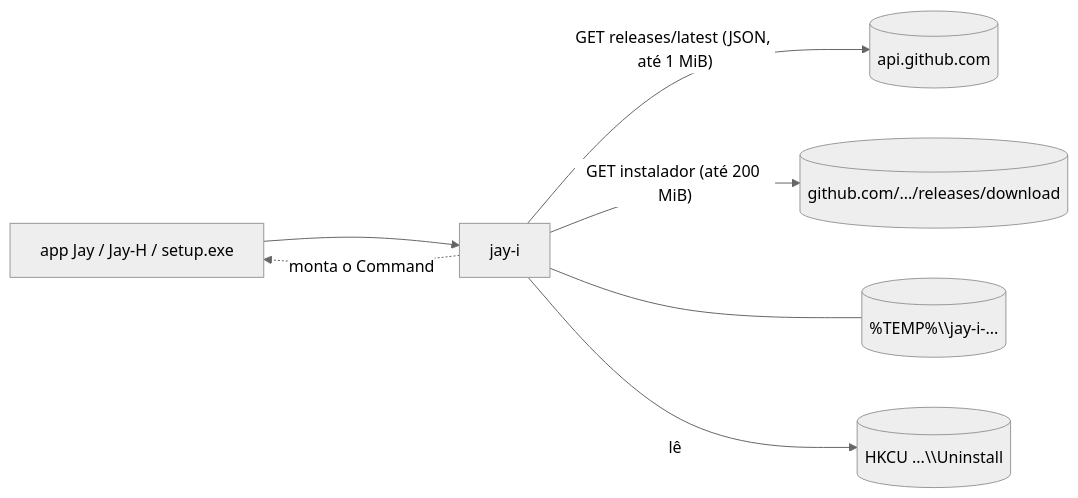
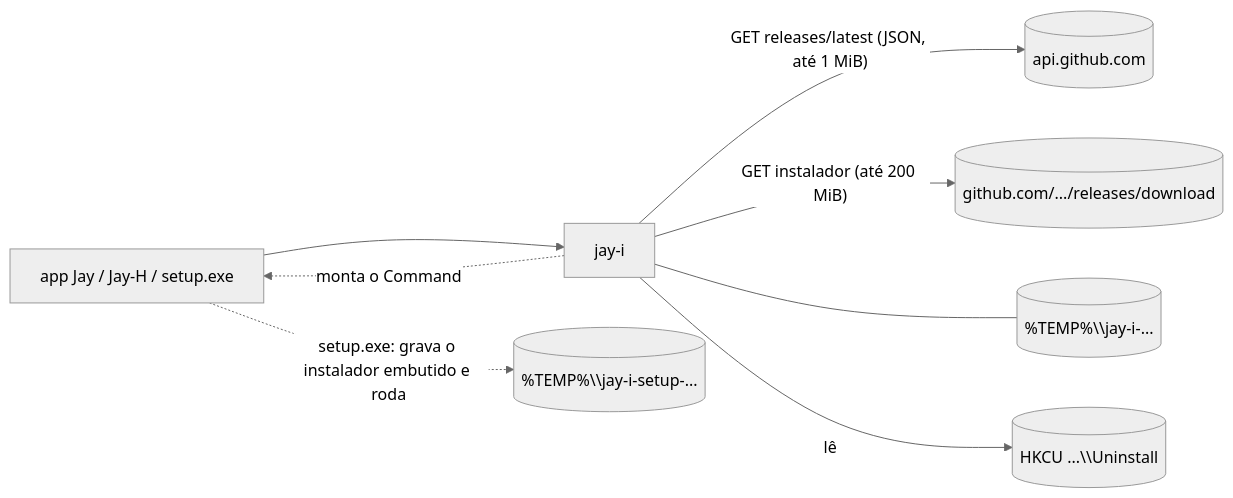
One commit to TyxMatty/Jay-I changed the diagram in docs/ARQUITETURA.md. Above: the diagram before and after it, drawn with Mermaid (neutral theme). The commit also changed other lines of this file and 20 other files, not shown here.

````diff
--- a/docs/ARQUITETURA.md
+++ b/docs/ARQUITETURA.md
@@ -15,9 +15,10 @@
 ```mermaid
 flowchart LR
   APP["app Jay / Jay-H / setup.exe"] --> JI["jay-i"]
   JI -- "GET releases/latest (JSON, até 1 MiB)" --> API[("api.github.com")]
   JI -- "GET instalador (até 200 MiB)" --> GH[("github.com/.../releases/download")]
   JI --- TMP[("%TEMP%\\jay-i-...")]
   JI -- "lê" --> REG[("HKCU ...\\Uninstall")]
   JI -. "monta o Command" .-> APP
+  APP -. "setup.exe: grava o instalador embutido e roda" .-> PAY[("%TEMP%\\jay-i-setup-...")]
 ```
````
